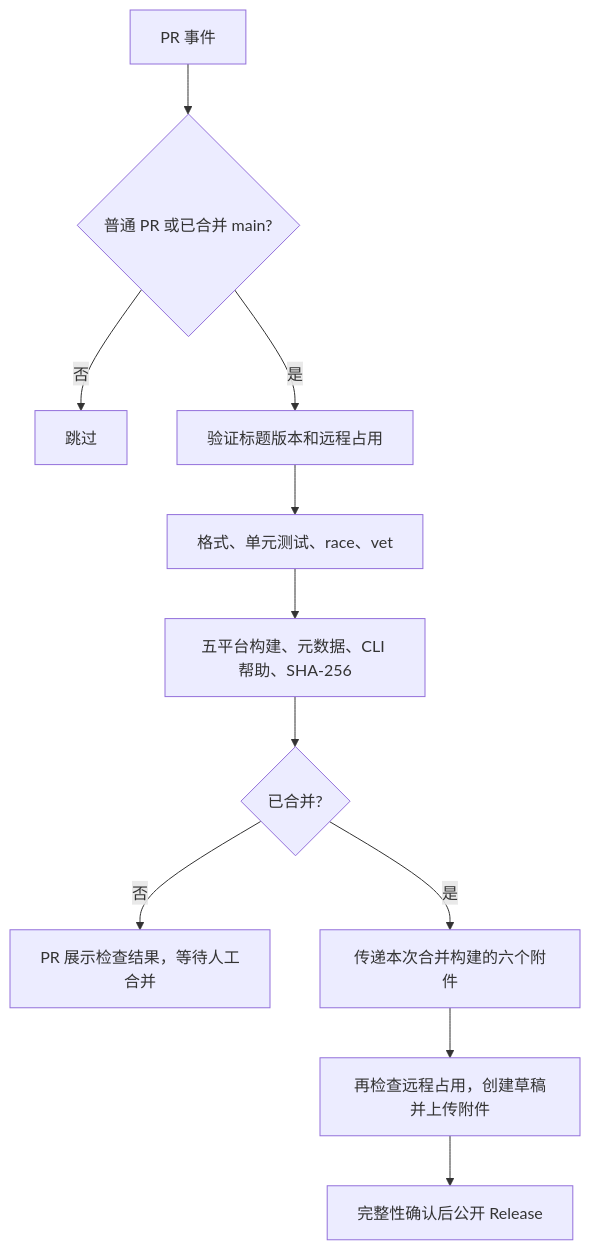
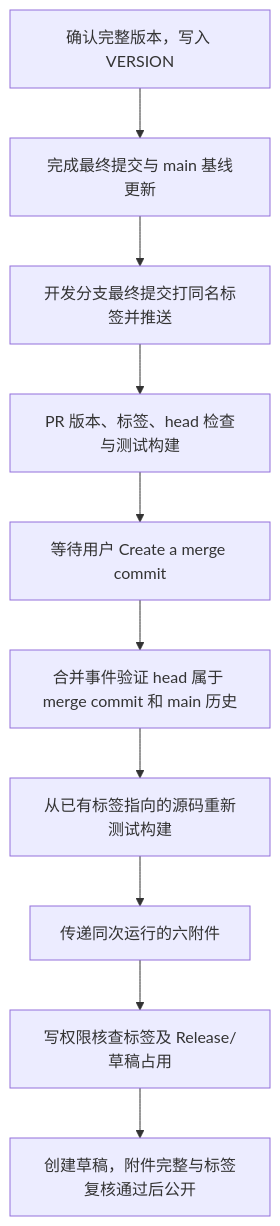
One commit to zz-zhi54/skillscli changed the diagram in spec/spec-process-cicd-pr-checks-and-release.md. Above: the diagram before and after it, drawn with Mermaid. The commit also changed other lines of this file and 9 other files, not shown here.

````diff
--- a/spec/spec-process-cicd-pr-checks-and-release.md
+++ b/spec/spec-process-cicd-pr-checks-and-release.md
@@ -24,13 +24,12 @@
 ```mermaid
 graph TD
-    A[PR 事件] --> B{普通 PR 或已合并 main?}
-    B -->|否| C[跳过]
-    B -->|是| D[验证标题版本和远程占用]
-    D --> E[格式、单元测试、race、vet]
-    E --> F[五平台构建、元数据、CLI 帮助、SHA-256]
-    F --> G{已合并?}
-    G -->|否| H[PR 展示检查结果，等待人工合并]
-    G -->|是| I[传递本次合并构建的六个附件]
-    I --> J[再检查远程占用，创建草稿并上传附件]
-    J --> K[完整性确认后公开 Release]
+    A[确认完整版本，写入 VERSION] --> B[完成最终提交与 main 基线更新]
+    B --> C[开发分支最终提交打同名标签并推送]
+    C --> D[PR 版本、标签、head 检查与测试构建]
+    D --> E[等待用户 Create a merge commit]
+    E --> F[合并事件验证 head 属于 merge commit 和 main 历史]
+    F --> G[从已有标签指向的源码重新测试构建]
+    G --> H[传递同次运行的六附件]
+    H --> I[写权限核查标签及 Release/草稿占用]
+    I --> J[创建草稿，附件完整与标签复核通过后公开]
 ```
````
